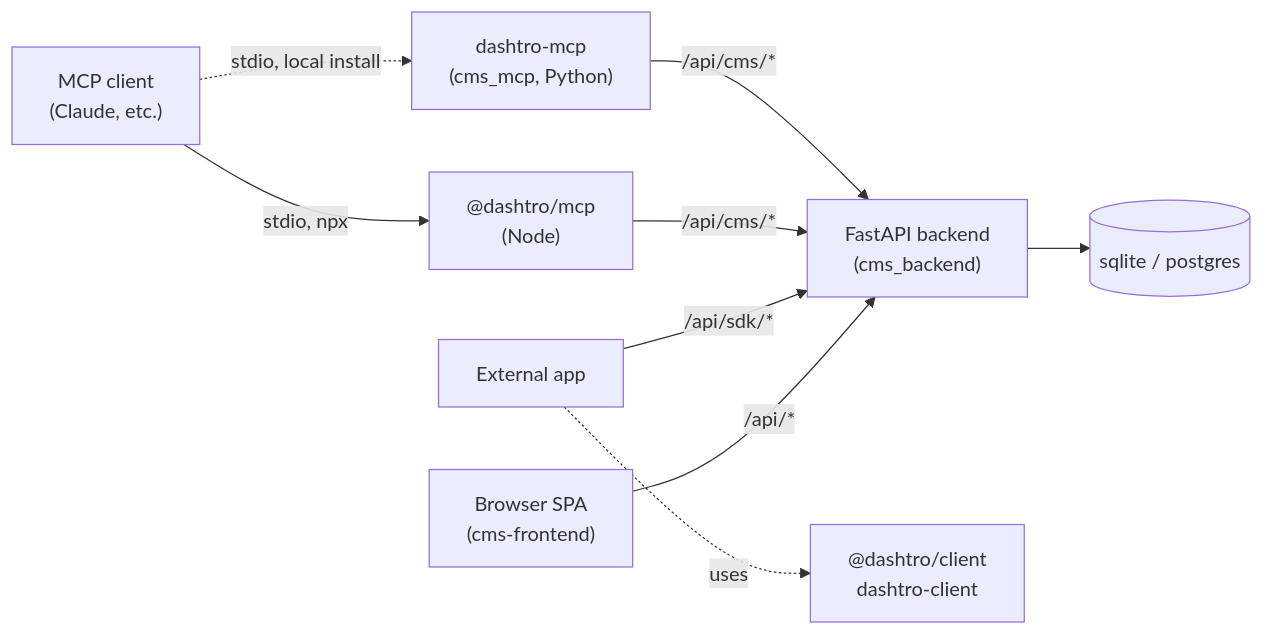
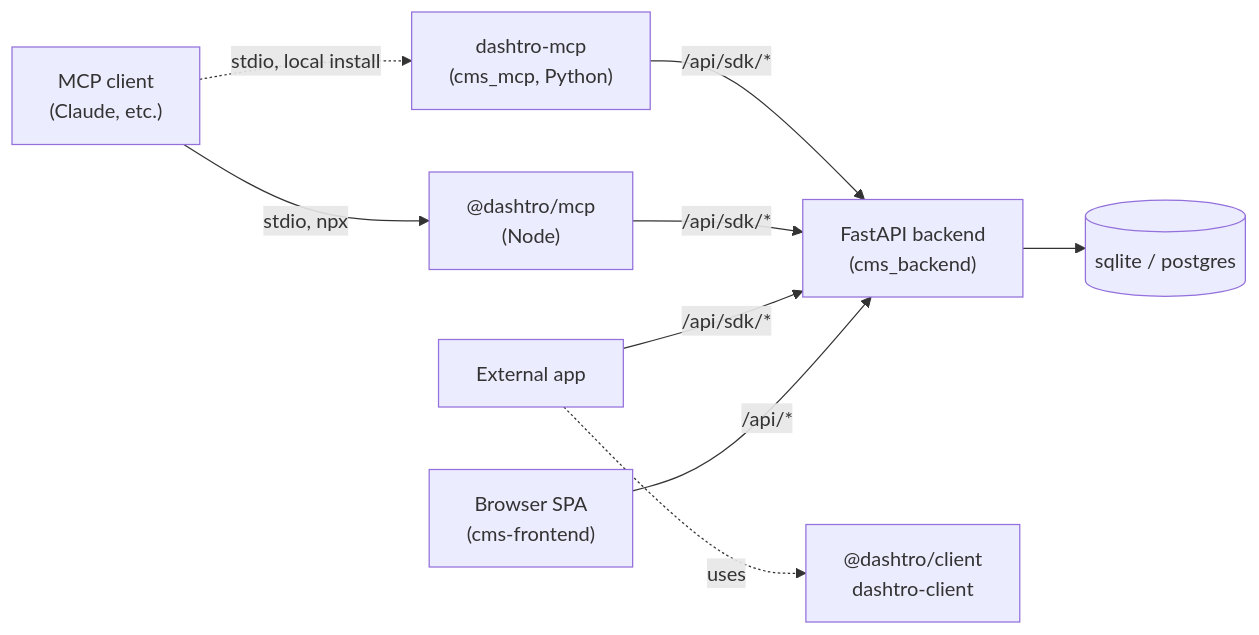
Before and after one commit to 1atharvad/dashtro: the diagram in README.md, drawn with Mermaid. The commit also changed other lines of this file and 16 other files, not shown here.

First line of the commit message:
Move MCP servers to API-key auth over /api/sdk/*, add CLI/MCP test suites

````diff
--- a/README.md
+++ b/README.md
@@ -55,11 +55,11 @@
 ```mermaid
 flowchart LR
     Browser["Browser SPA\n(cms-frontend)"] -->|"/api/*"| Backend["FastAPI backend\n(cms_backend)"]
     Backend --> DB[("sqlite / postgres")]
     ExternalApp["External app"] -->|"/api/sdk/*"| Backend
     ExternalApp -.->|uses| ClientSDK["@dashtro/client\ndashtro-client"]
     MCPClient["MCP client\n(Claude, etc.)"] -->|stdio, npx| MCPNode["@dashtro/mcp\n(Node)"]
-    MCPNode -->|"/api/cms/*"| Backend
+    MCPNode -->|"/api/sdk/*"| Backend
     MCPClient -.->|stdio, local install| MCPPy["dashtro-mcp\n(cms_mcp, Python)"]
-    MCPPy -->|"/api/cms/*"| Backend
+    MCPPy -->|"/api/sdk/*"| Backend
 ```
````
